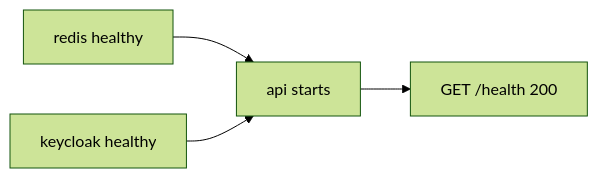
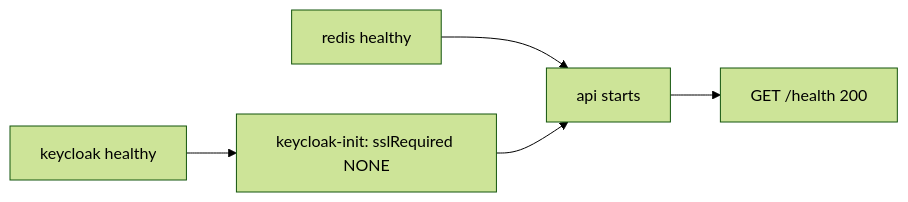
The third of 3 diagrams in docs/architecture.md (NotThaDev/SiteSense), drawn with Mermaid (forest theme) before and after one commit. The commit also changed other lines of this file and 2 other files, not shown here.

First line of the commit message:
fix(docker): allow plain HTTP on the Keycloak master realm (SS-1)

````diff
--- a/docs/architecture.md
+++ b/docs/architecture.md
@@ -96,6 +97,7 @@
 ```mermaid
 flowchart LR
   R["redis healthy"] --> A["api starts"]
-  K["keycloak healthy"] --> A
+  K["keycloak healthy"] --> I["keycloak-init: sslRequired NONE"]
+  I --> A
   A --> H["GET /health 200"]
 ```
````
